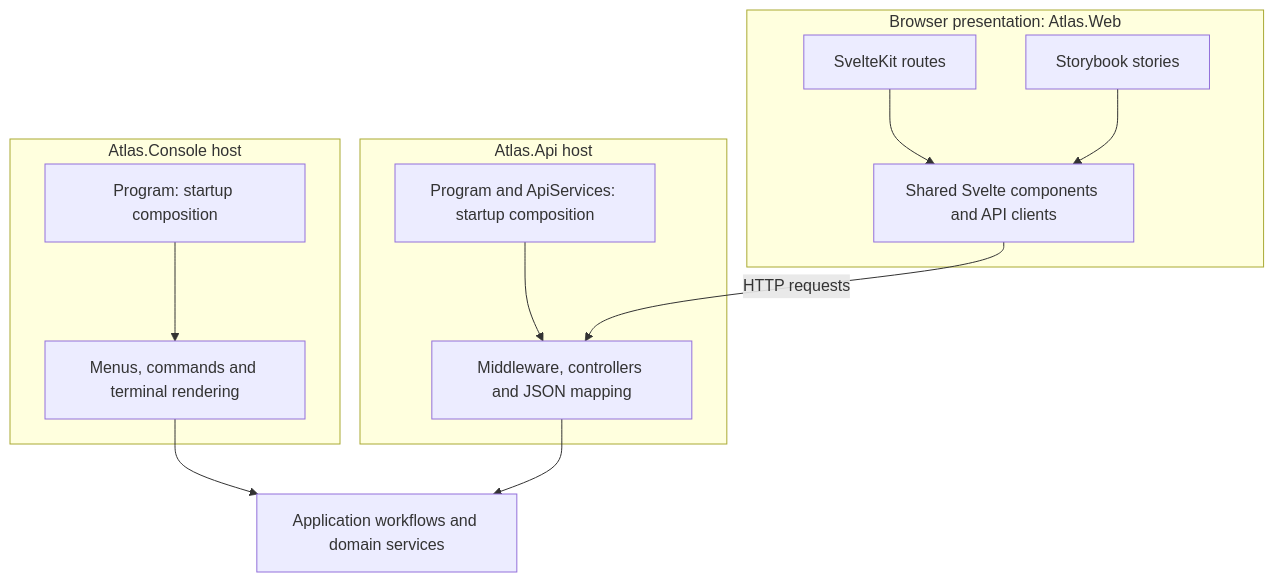
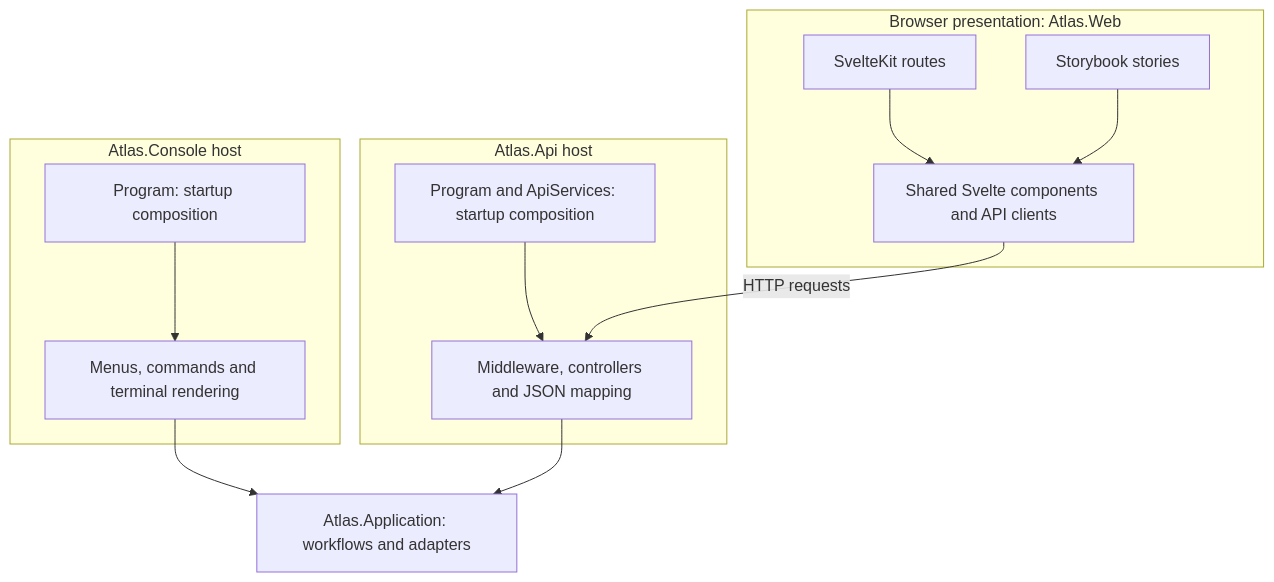
Before and after one commit to williamowen65/atlas-the-public-think-tank: the first of 3 diagrams in docs/architecture/diagrams/WIRING.md, drawn with Mermaid. The commit also changed other lines of this file and 1 other file, not shown here.

Commit message:
PTT-151: Expand application, domain, event and persistence wiring

````diff
--- a/docs/architecture/diagrams/WIRING.md
+++ b/docs/architecture/diagrams/WIRING.md
@@ -9,16 +9,16 @@
 ```mermaid
 flowchart TD
     subgraph Web["Browser presentation: Atlas.Web"]
         Routes["SvelteKit routes"] --> UI["Shared Svelte components and API clients"]
         Stories["Storybook stories"] --> UI
     end
     subgraph Console["Atlas.Console host"]
         CRoot["Program: startup composition"] --> Commands["Menus, commands and terminal rendering"]
     end
     subgraph Api["Atlas.Api host"]
         ARoot["Program and ApiServices: startup composition"] --> HTTP["Middleware, controllers and JSON mapping"]
     end
     UI -->|HTTP requests| HTTP
-    Commands --> Backend["Application workflows and domain services"]
+    Commands --> Backend["Atlas.Application: workflows and adapters"]
     HTTP --> Backend
 ```
````
